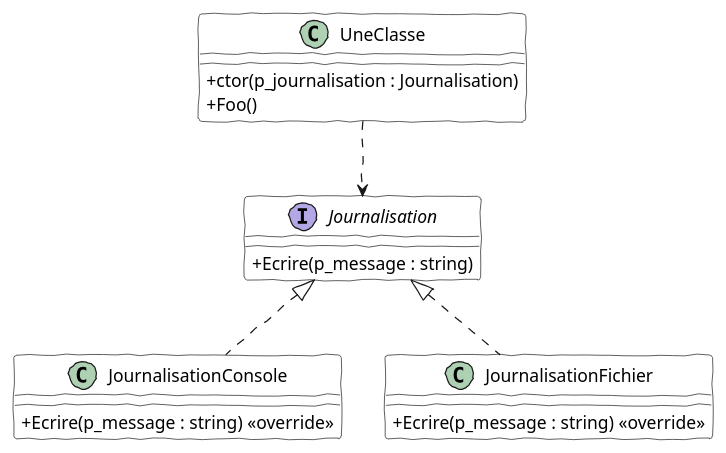
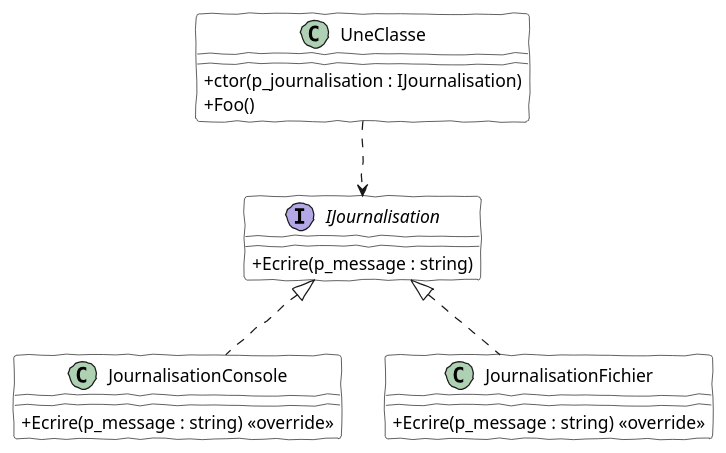
One commit to PiFou86/420-W20-SF changed the diagram in Module12_InjectionDependances/diag/src/DiagClassesInjectionDependancesLog.wsd. Above: the diagram before and after it, drawn with PlantUML. The commit also changed 12 other files, not shown here.

```diff
--- a/Module12_InjectionDependances/diag/src/DiagClassesInjectionDependancesLog.wsd
+++ b/Module12_InjectionDependances/diag/src/DiagClassesInjectionDependancesLog.wsd
@@ -1,32 +1,31 @@
 @startuml InjectionDependancesLog
 skinparam classAttributeIconSize 0
 skinparam handwritten true
 skinparam class {
     BackgroundColor White
     BorderColor #000
 }
 
-Journalisation <|.. JournalisationConsole
-Journalisation <|.. JournalisationFichier
+IJournalisation <|.. JournalisationConsole
+IJournalisation <|.. JournalisationFichier
 
 
-UneClasse ..> Journalisation
-
+UneClasse ..> IJournalisation
 class UneClasse {
-    + ctor(p_journalisation : Journalisation)
+    + ctor(p_journalisation : IJournalisation)
     + Foo()
 }
 
-interface Journalisation {
+interface IJournalisation {
     + Ecrire(p_message : string)
 }
 
 class JournalisationConsole {
     + Ecrire(p_message : string) <<override>>
 }
 
 class JournalisationFichier {
     + Ecrire(p_message : string) <<override>>
 }
 
 @enduml
```
